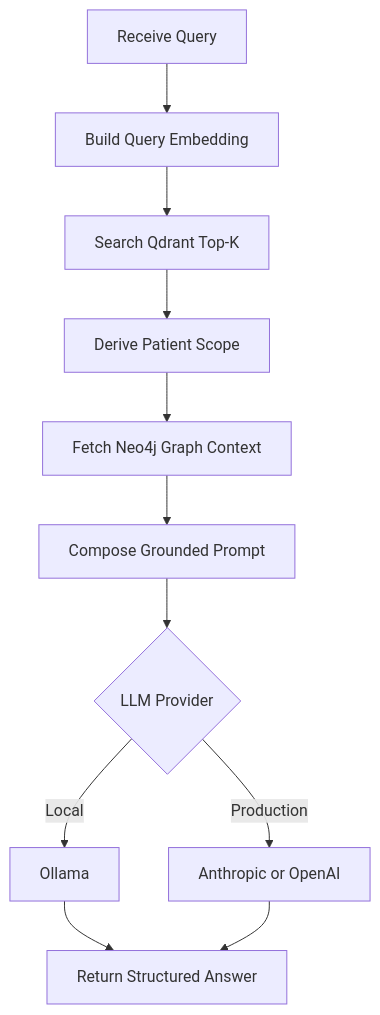
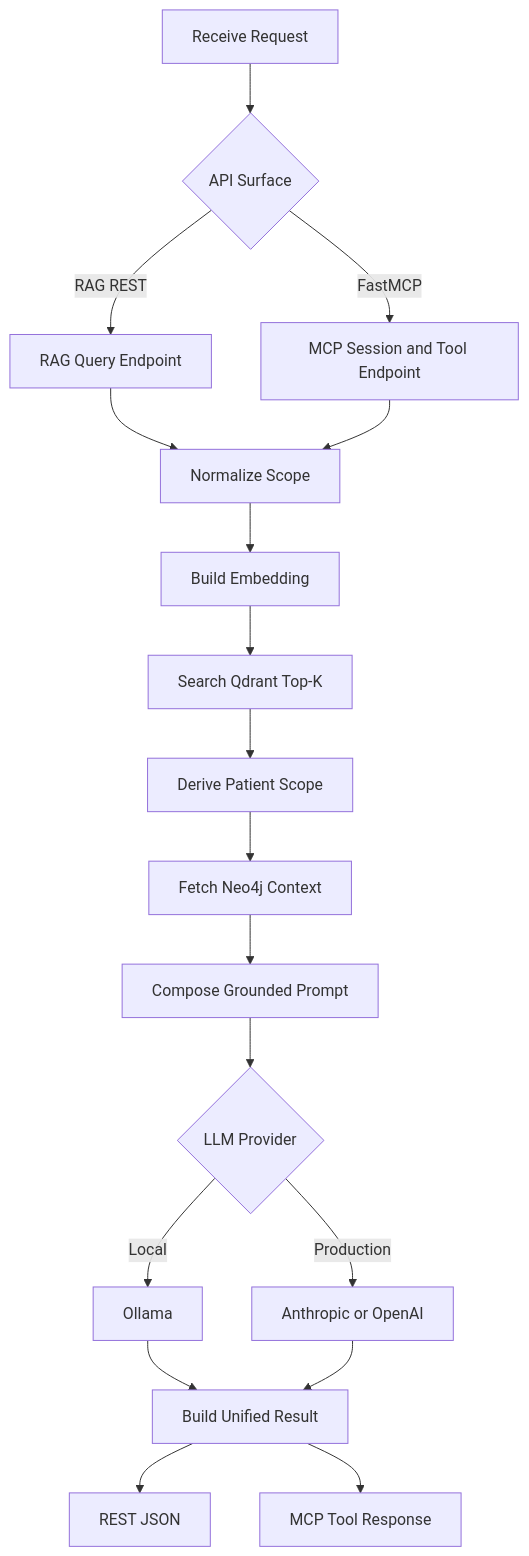
Before and after one commit to wchen-dea/Agentic-AI-Healthcare-GraphRAG: the fourth of 4 diagrams in docs/ARCHITECTURE.md, drawn with Mermaid. The commit also changed other lines of this file and 63 other files, not shown here.

````diff
--- a/docs/ARCHITECTURE.md
+++ b/docs/ARCHITECTURE.md
@@ -157,13 +182,20 @@
 ```mermaid
 flowchart TD
-  Q1[Receive Query] --> Q2[Build Query Embedding]
-  Q2 --> Q3[Search Qdrant Top-K]
-  Q3 --> Q4[Derive Patient Scope]
-  Q4 --> Q5[Fetch Neo4j Graph Context]
-  Q5 --> Q6[Compose Grounded Prompt]
-  Q6 --> Q7{LLM Provider}
-  Q7 -->|Local| Q8[Ollama]
-  Q7 -->|Production| Q9[Anthropic or OpenAI]
-  Q8 --> Q10[Return Structured Answer]
-  Q9 --> Q10
+  E1[Receive Request] --> E2{API Surface}
+  E2 -->|RAG REST| E3[RAG Query Endpoint]
+  E2 -->|FastMCP| E4[MCP Session and Tool Endpoint]
+  E3 --> C1[Normalize Scope]
+  E4 --> C1
+  C1 --> C2[Build Embedding]
+  C2 --> C3[Search Qdrant Top-K]
+  C3 --> C4[Derive Patient Scope]
+  C4 --> C5[Fetch Neo4j Context]
+  C5 --> C6[Compose Grounded Prompt]
+  C6 --> C7{LLM Provider}
+  C7 -->|Local| C8[Ollama]
+  C7 -->|Production| C9[Anthropic or OpenAI]
+  C8 --> C10[Build Unified Result]
+  C9 --> C10
+  C10 --> O1[REST JSON]
+  C10 --> O2[MCP Tool Response]
 ```
````
